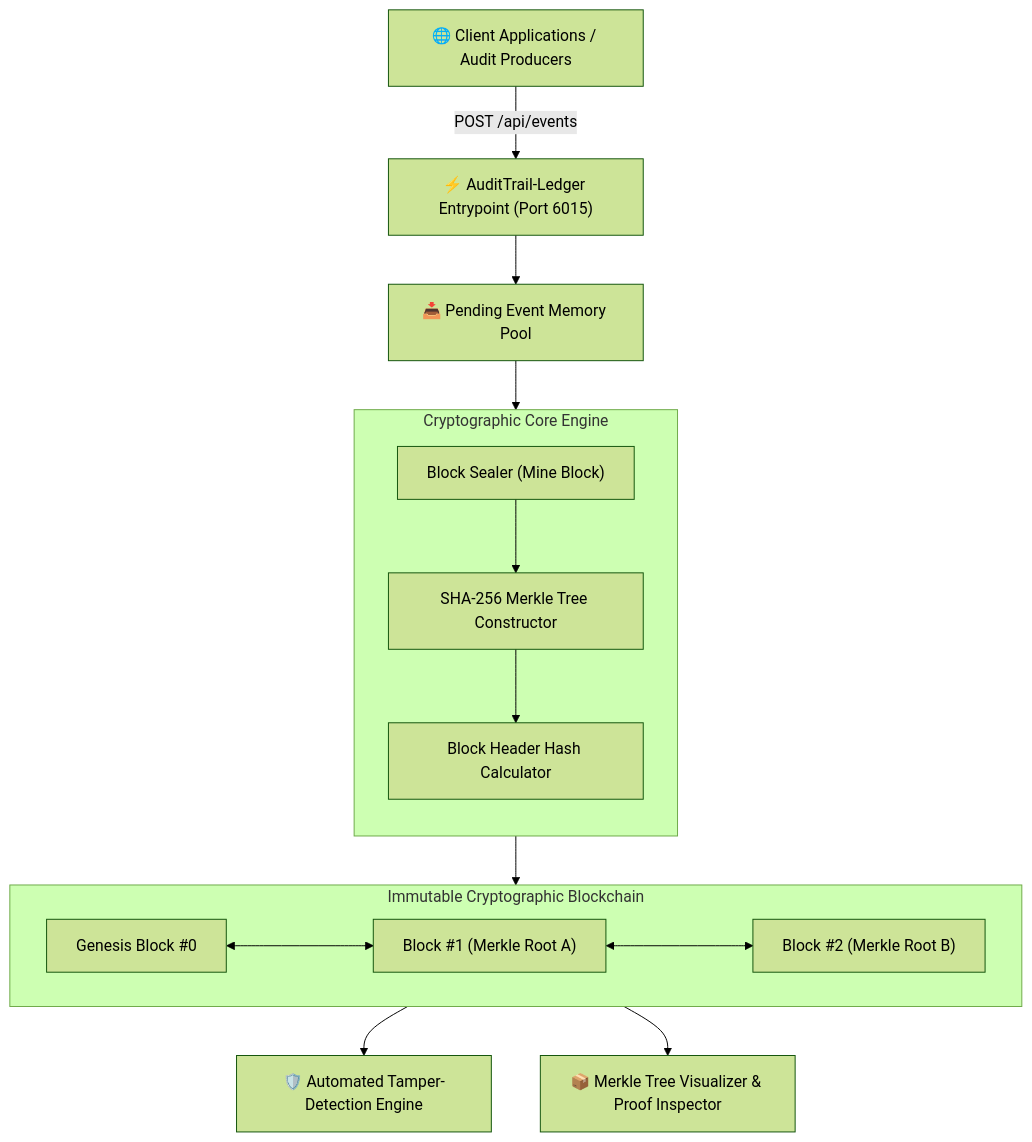
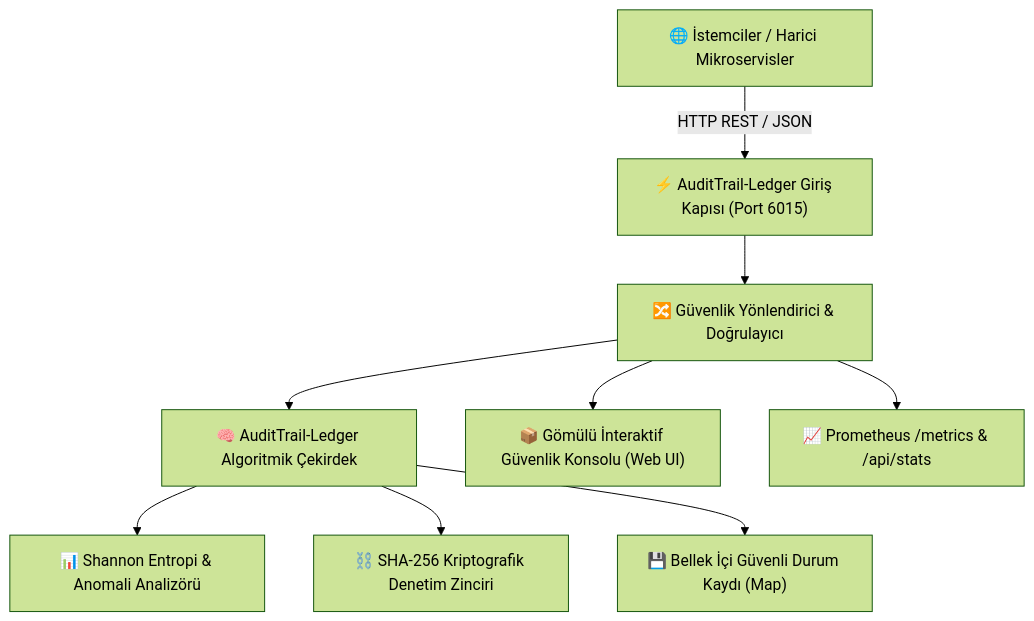
One commit to alinurettin/AuditTrail-Ledger changed the diagram in README.md. Above: the diagram before and after it, drawn with Mermaid (forest theme). The commit also changed other lines of this file and 3 other files, not shown here.

````diff
--- a/README.md
+++ b/README.md
@@ -22,25 +53,11 @@
 ```mermaid
 flowchart TD
-    Client["🌐 Client Applications / Audit Producers"] -->|POST /api/events| Gateway["⚡ AuditTrail-Ledger Entrypoint (Port 6015)"]
-    Gateway --> MemPool["📥 Pending Event Memory Pool"]
-    
-    subgraph Engine["Cryptographic Core Engine"]
-        direction TB
-        Miner["Block Sealer (Mine Block)"]
-        Tree["SHA-256 Merkle Tree Constructor"]
-        Hasher["Block Header Hash Calculator"]
-    end
-    
-    MemPool --> Miner
-    Miner --> Tree
-    Tree --> Hasher
-    
-    subgraph Ledger["Immutable Cryptographic Blockchain"]
-        direction LR
-        B0["Genesis Block #0"] <---> B1["Block #1 (Merkle Root A)"] <---> B2["Block #2 (Merkle Root B)"]
-    end
-    
-    Hasher --> Ledger
-    Ledger --> Verifier["🛡️ Automated Tamper-Detection Engine"]
-    Ledger --> UI["📦 Merkle Tree Visualizer & Proof Inspector"]
+    Client["🌐 İstemciler / Harici Mikroservisler"] -->|HTTP REST / JSON| Entrypoint["⚡ AuditTrail-Ledger Giriş Kapısı (Port 6015)"]
+    Entrypoint --> Dispatcher["🔀 Güvenlik Yönlendirici & Doğrulayıcı"]
+    Dispatcher --> CoreEngine["🧠 AuditTrail-Ledger Algoritmik Çekirdek"]
+    CoreEngine --> Entropy["📊 Shannon Entropi & Anomali Analizörü"]
+    CoreEngine --> HashChain["⛓️ SHA-256 Kriptografik Denetim Zinciri"]
+    CoreEngine --> Storage["💾 Bellek İçi Güvenli Durum Kaydı (Map)"]
+    Dispatcher --> WebUI["📦 Gömülü İnteraktif Güvenlik Konsolu (Web UI)"]
+    Dispatcher --> Telemetry["📈 Prometheus /metrics & /api/stats"]
 ```
````
